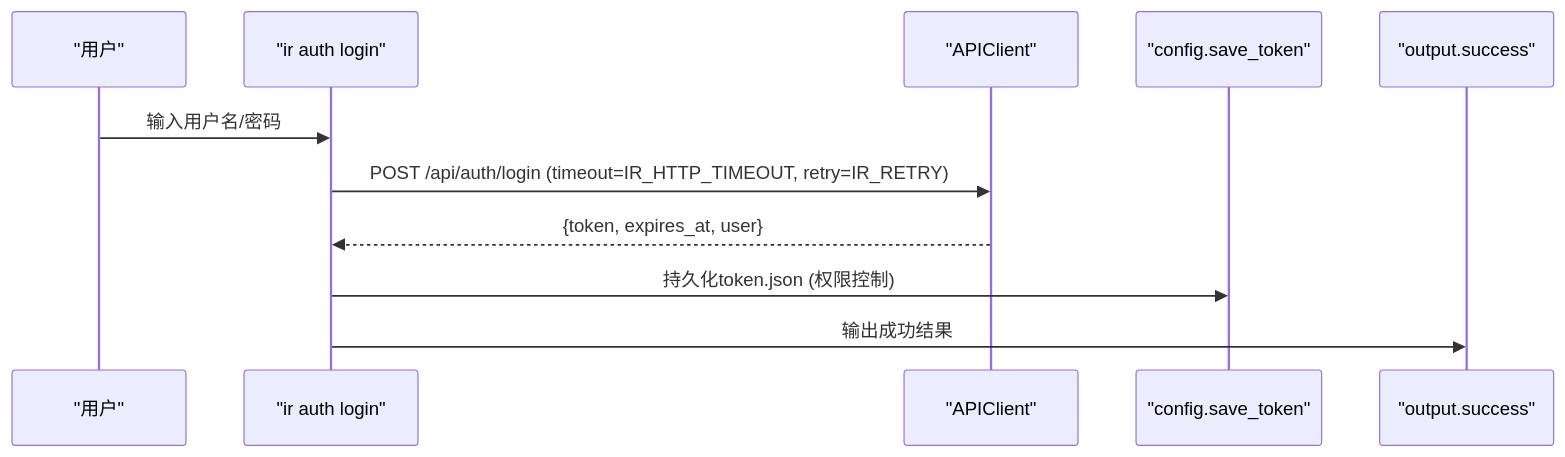
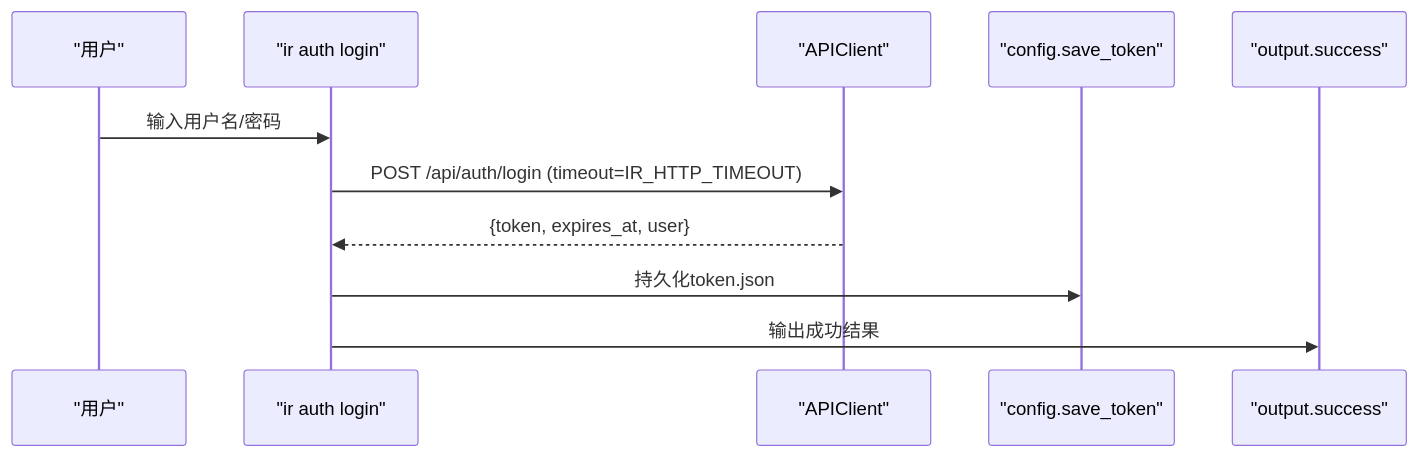
One commit to gujialind/InvestRing changed the fourth of 6 diagrams in .qoder/repowiki/zh/content/开发指南/InvestRing HTTP客户端CLI工具.md. Above: the diagram before and after it, drawn with Mermaid. The commit also changed other lines of this file and 65 other files, not shown here.

````diff
--- a/.qoder/repowiki/zh/content/开发指南/InvestRing HTTP客户端CLI工具.md
+++ b/.qoder/repowiki/zh/content/开发指南/InvestRing HTTP客户端CLI工具.md
@@ -426,13 +225,13 @@
 ```mermaid
 sequenceDiagram
 participant U as "用户"
 participant CLI as "ir auth login"
 participant C as "APIClient"
 participant CFG as "config.save_token"
 participant OUT as "output.success"
 U->>CLI : 输入用户名/密码
-CLI->>C : POST /api/auth/login (timeout=IR_HTTP_TIMEOUT, retry=IR_RETRY)
+CLI->>C : POST /api/auth/login (timeout=IR_HTTP_TIMEOUT)
 C-->>CLI : {token, expires_at, user}
-CLI->>CFG : 持久化token.json (权限控制)
+CLI->>CFG : 持久化token.json
 CLI->>OUT : 输出成功结果
 ```
````
